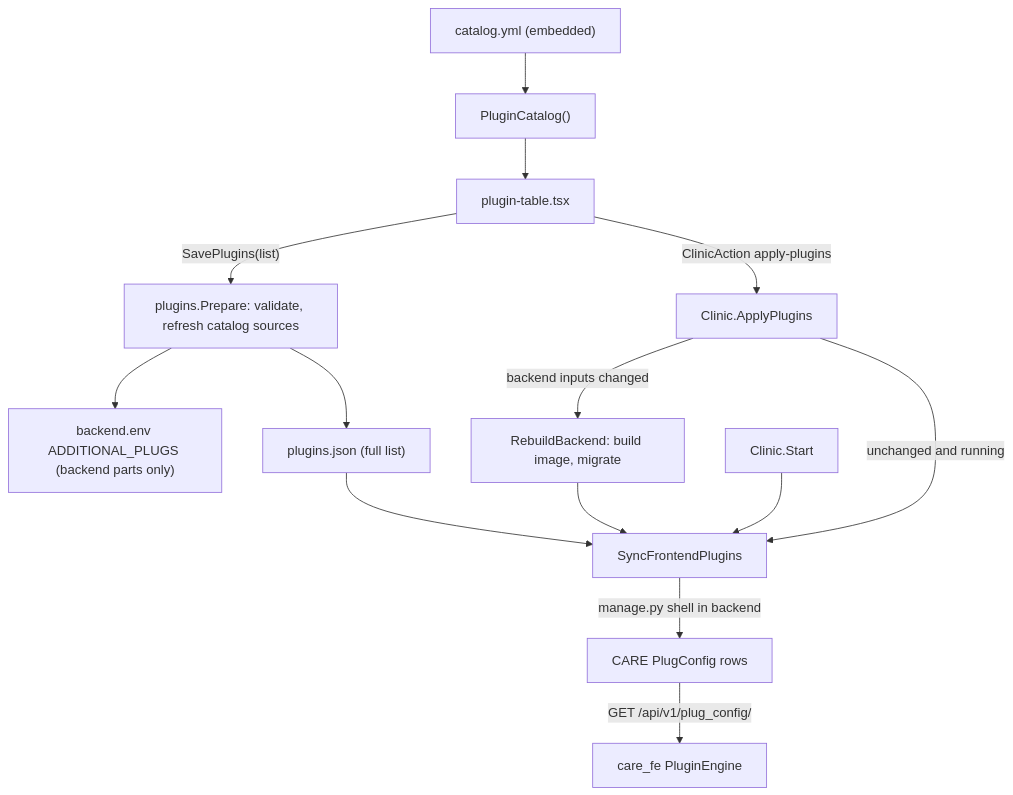
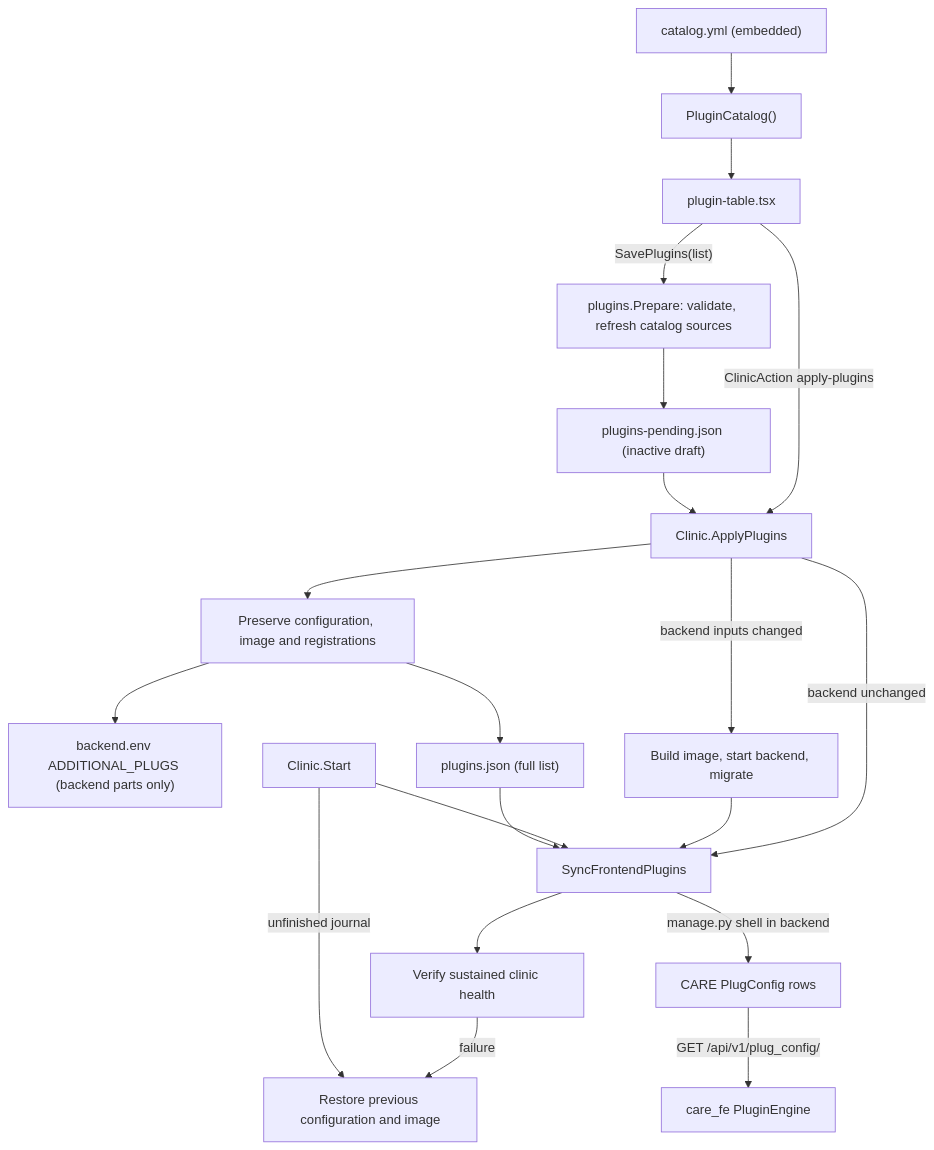
One commit to ohcnetwork/care_clinic changed the diagram in docs/plugins.md. Above: the diagram before and after it, drawn with Mermaid. The commit also changed other lines of this file and 34 other files, not shown here.

First line of the commit message:
Roll back failed plugin loads and recover the clinic

````diff
--- a/docs/plugins.md
+++ b/docs/plugins.md
@@ -90,16 +90,22 @@
 ```mermaid
 flowchart TD
     Catalog["catalog.yml (embedded)"] --> PC["PluginCatalog()"]
     PC --> Panel["plugin-table.tsx"]
     Panel -->|"SavePlugins(list)"| Prepare["plugins.Prepare: validate, refresh catalog sources"]
-    Prepare --> Env["backend.env ADDITIONAL_PLUGS (backend parts only)"]
-    Prepare --> List["plugins.json (full list)"]
+    Prepare --> Draft["plugins-pending.json (inactive draft)"]
     Panel -->|"ClinicAction apply-plugins"| Apply["Clinic.ApplyPlugins"]
-    Apply -->|"backend inputs changed"| Rebuild["RebuildBackend: build image, migrate"]
-    Apply -->|"unchanged and running"| Sync["SyncFrontendPlugins"]
+    Draft --> Apply
+    Apply --> Journal["Preserve configuration, image and registrations"]
+    Journal --> Env["backend.env ADDITIONAL_PLUGS (backend parts only)"]
+    Journal --> List["plugins.json (full list)"]
+    Apply -->|"backend inputs changed"| Rebuild["Build image, start backend, migrate"]
+    Apply -->|"backend unchanged"| Sync["SyncFrontendPlugins"]
     Rebuild --> Sync
     Start["Clinic.Start"] --> Sync
     List --> Sync
+    Sync --> Health["Verify sustained clinic health"]
+    Health -->|"failure"| Recover["Restore previous configuration and image"]
+    Start -->|"unfinished journal"| Recover
     Sync -->|"manage.py shell in backend"| Rows["CARE PlugConfig rows"]
     Rows -->|"GET /api/v1/plug_config/"| FE["care_fe PluginEngine"]
 ```
````
